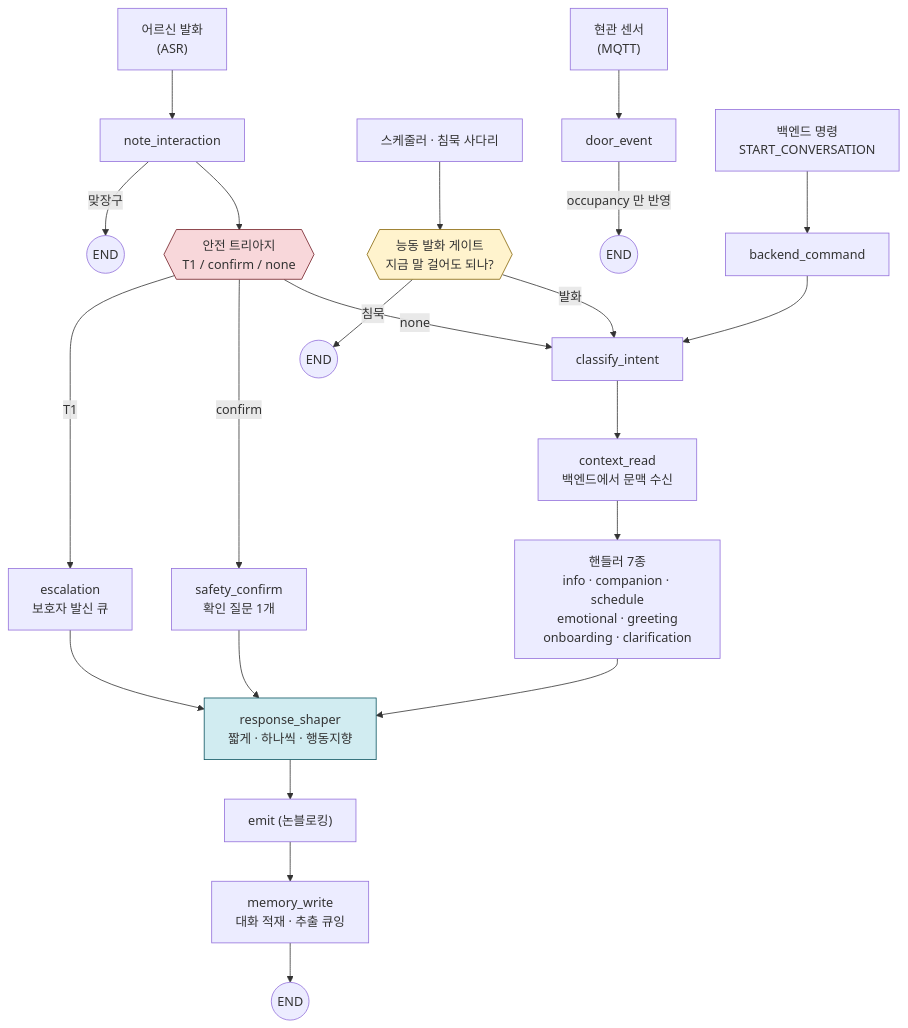
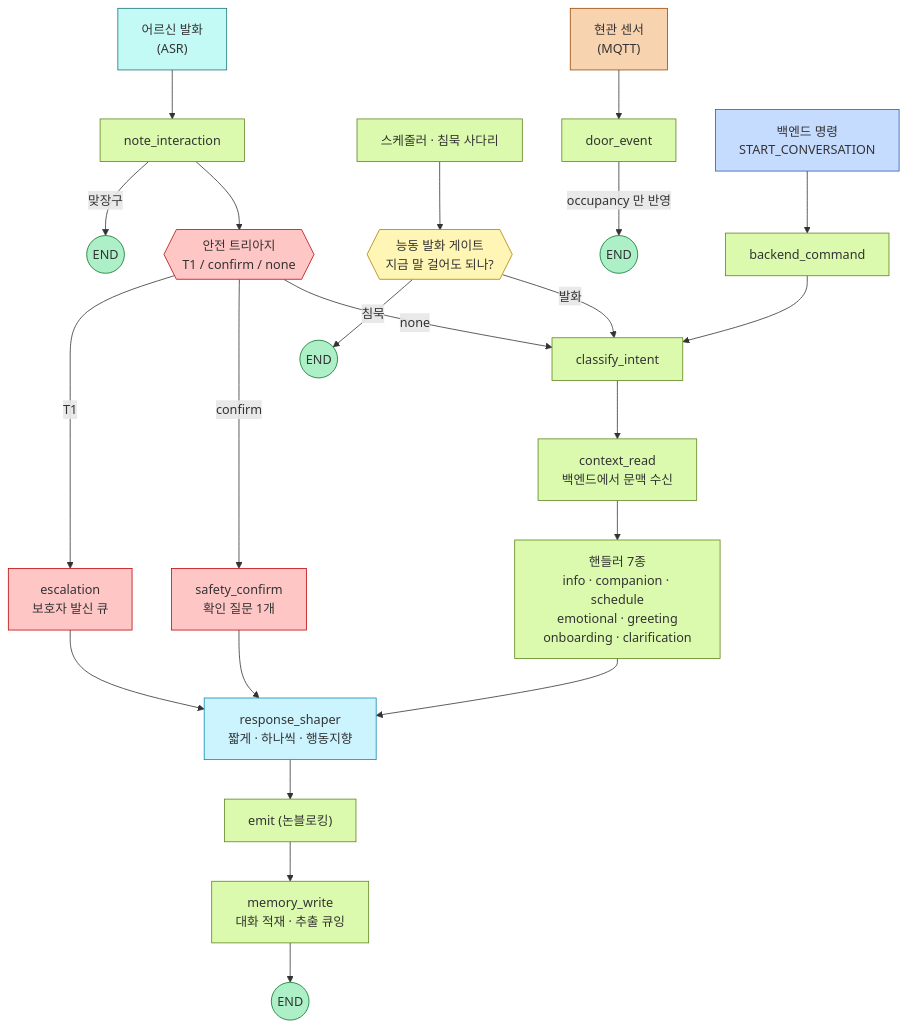
Before and after one commit to bomi-aiot/BOMI: the first of 2 diagrams in docs/design/돌봄봇 설계.md, drawn with Mermaid. The commit also changed other lines of this file and 13 other files, not shown here.

First line of the commit message:
docs: 문서 다이어그램 팔레트 통일과 배치 정리

````diff
--- a/docs/design/돌봄봇 설계.md
+++ b/docs/design/돌봄봇 설계.md
@@ -189,32 +189,37 @@
 ```mermaid
 flowchart TD
-    U["어르신 발화<br/>(ASR)"] --> NI[note_interaction]
-    S["스케줄러 · 침묵 사다리"] --> PG{{"능동 발화 게이트<br/>지금 말 걸어도 되나?"}}
-    D["현관 센서<br/>(MQTT)"] --> DE[door_event]
-    B["백엔드 명령<br/>START_CONVERSATION"] --> BC[backend_command]
+    U["어르신 발화<br/>(ASR)"]:::hw --> NI[note_interaction]:::robot
+    S["스케줄러 · 침묵 사다리"]:::robot --> PG{{"능동 발화 게이트<br/>지금 말 걸어도 되나?"}}:::gate
+    D["현관 센서<br/>(MQTT)"]:::iot --> DE[door_event]:::robot
+    B["백엔드 명령<br/>START_CONVERSATION"]:::backend --> BC[backend_command]:::robot
 
-    NI -->|맞장구| E1((END))
-    NI --> ST{{"안전 트리아지<br/>T1 / confirm / none"}}
-    PG -->|침묵| E2((END))
-    DE -->|"occupancy 만 반영"| E3((END))
+    NI -->|맞장구| E1((END)):::done
+    NI --> ST{{"안전 트리아지<br/>T1 / confirm / none"}}:::safety
+    PG -->|침묵| E2((END)):::done
+    DE -->|"occupancy 만 반영"| E3((END)):::done
 
-    ST -->|T1| ESC["escalation<br/>보호자 발신 큐"]
-    ST -->|confirm| SC["safety_confirm<br/>확인 질문 1개"]
+    ST -->|T1| ESC["escalation<br/>보호자 발신 큐"]:::safety
+    ST -->|confirm| SC["safety_confirm<br/>확인 질문 1개"]:::safety
     ST -->|none| CI
     PG -->|발화| CI
     BC --> CI
 
-    CI[classify_intent] --> CR["context_read<br/>백엔드에서 문맥 수신"]
-    CR --> H["핸들러 7종<br/>info · companion · schedule<br/>emotional · greeting<br/>onboarding · clarification"]
+    CI[classify_intent]:::robot --> CR["context_read<br/>백엔드에서 문맥 수신"]:::robot
+    CR --> H["핸들러 7종<br/>info · companion · schedule<br/>emotional · greeting<br/>onboarding · clarification"]:::robot
 
     ESC --> RS
     SC --> RS
-    H --> RS["response_shaper<br/>짧게 · 하나씩 · 행동지향"]
-    RS --> EM["emit (논블로킹)"]
-    EM --> MW["memory_write<br/>대화 적재 · 추출 큐잉"]
-    MW --> E4((END))
+    H --> RS["response_shaper<br/>짧게 · 하나씩 · 행동지향"]:::shaper
+    RS --> EM["emit (논블로킹)"]:::robot
+    EM --> MW["memory_write<br/>대화 적재 · 추출 큐잉"]:::robot
+    MW --> E4((END)):::done
 
-    style PG fill:#fff3cd,stroke:#856404
-    style ST fill:#f8d7da,stroke:#721c24
-    style RS fill:#d1ecf1,stroke:#0c5460
+    classDef hw fill:#c3faf5,stroke:#187574
+    classDef iot fill:#f8d3af,stroke:#9b4a07
+    classDef backend fill:#c6dcff,stroke:#305bab
+    classDef robot fill:#dbfaad,stroke:#608520
+    classDef gate fill:#fff6b6,stroke:#af7e02
+    classDef safety fill:#ffc6c6,stroke:#bd0909
+    classDef shaper fill:#ccf4ff,stroke:#108ab3
+    classDef done fill:#adf0c7,stroke:#087429
 ```
````
